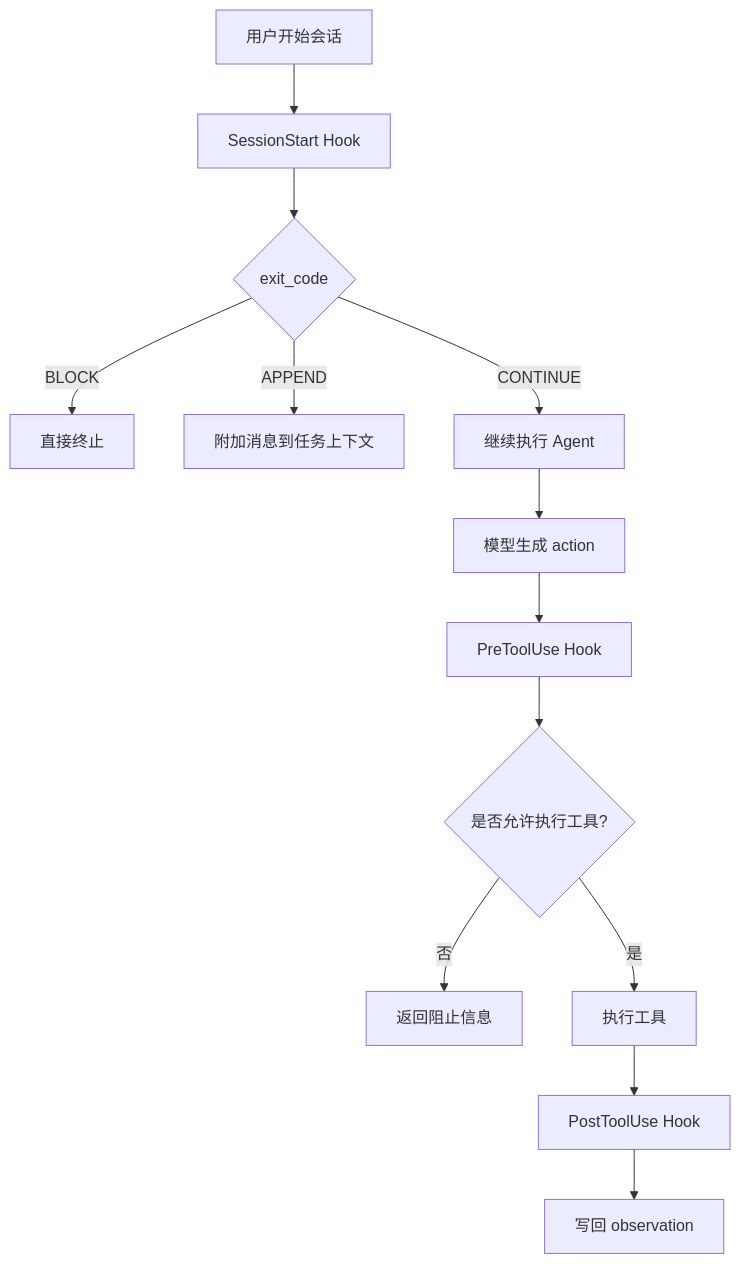
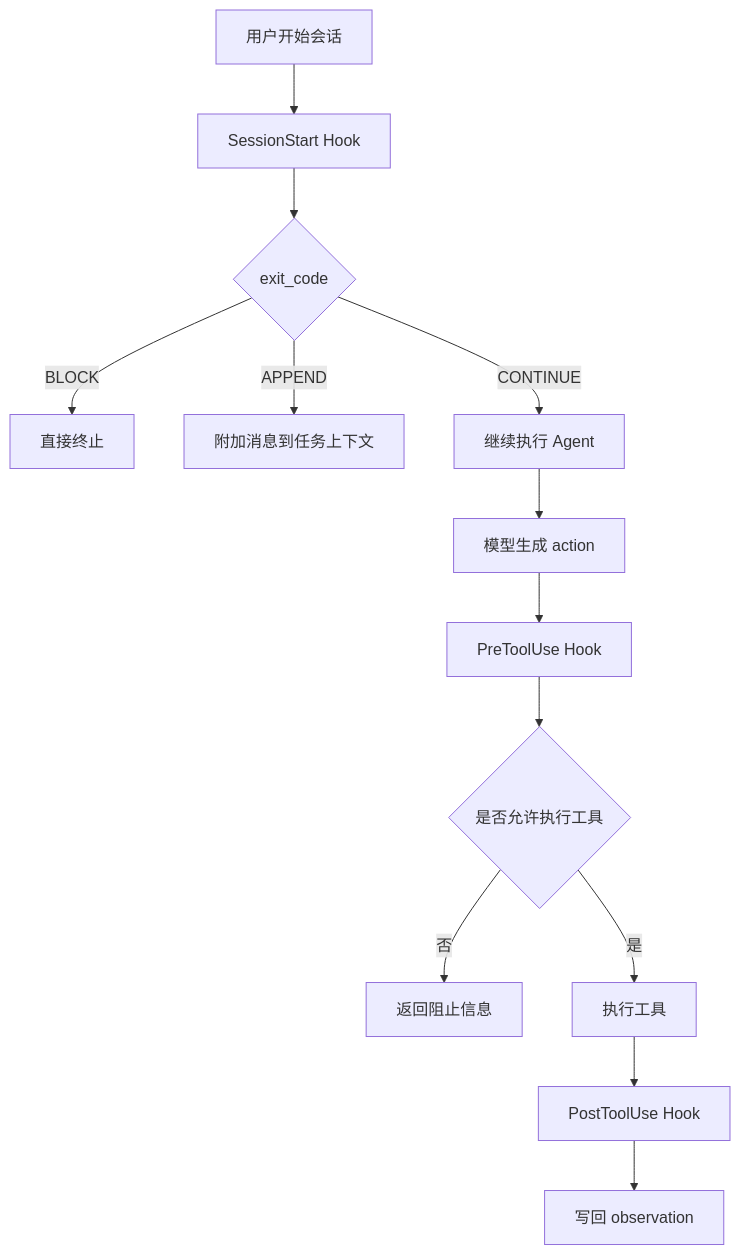
One commit to wplayers233/my-code-agent changed the sixth of 6 diagrams in README.md. Above: the diagram before and after it, drawn with Mermaid. The commit also changed other lines of this file, not shown here.

````diff
--- a/README.md
+++ b/README.md
@@ -382,15 +382,15 @@
 ```mermaid
 flowchart TD
-    A[用户开始会话] --> B[SessionStart Hook]
-    B --> C{exit_code}
-    C -->|BLOCK| D[直接终止]
-    C -->|APPEND| E[附加消息到任务上下文]
-    C -->|CONTINUE| F[继续执行 Agent]
-    F --> G[模型生成 action]
-    G --> H[PreToolUse Hook]
-    H --> I{是否允许执行工具?}
-    I -->|否| J[返回阻止信息]
-    I -->|是| K[执行工具]
-    K --> L[PostToolUse Hook]
-    L --> M[写回 observation]
+    A["用户开始会话"] --> B["SessionStart Hook"]
+    B --> C{"exit_code"}
+    C -->|BLOCK| D["直接终止"]
+    C -->|APPEND| E["附加消息到任务上下文"]
+    C -->|CONTINUE| F["继续执行 Agent"]
+    F --> G["模型生成 action"]
+    G --> H["PreToolUse Hook"]
+    H --> I{"是否允许执行工具"}
+    I -->|否| J["返回阻止信息"]
+    I -->|是| K["执行工具"]
+    K --> L["PostToolUse Hook"]
+    L --> M["写回 observation"]
 ```
````
